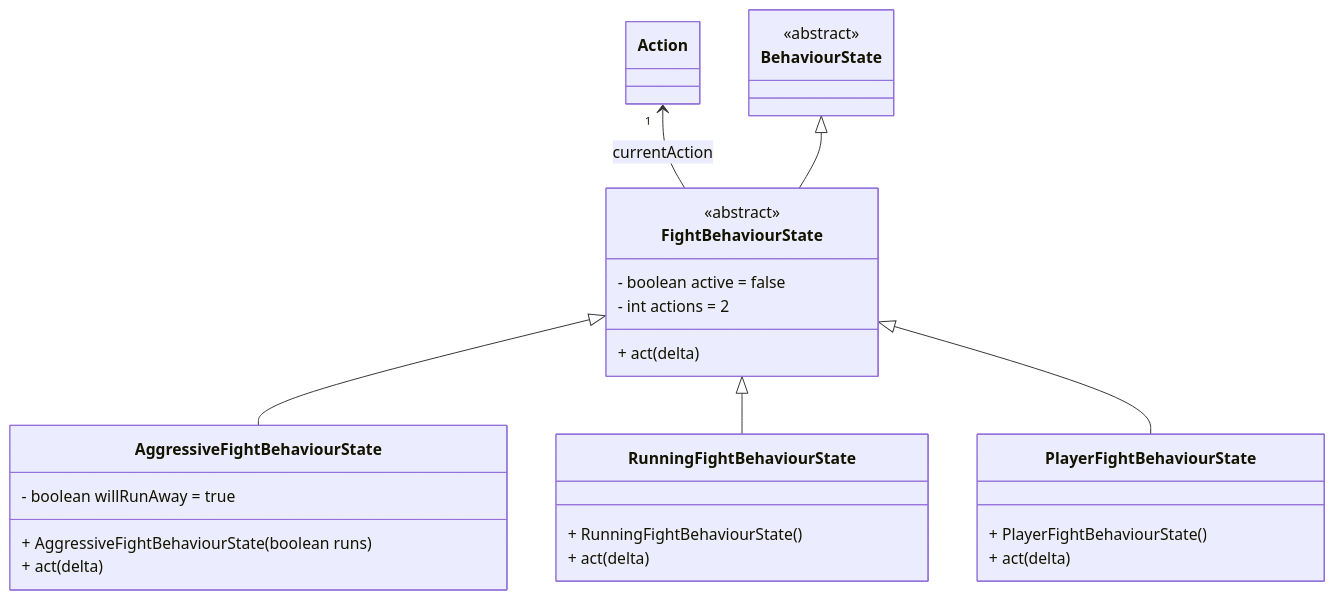
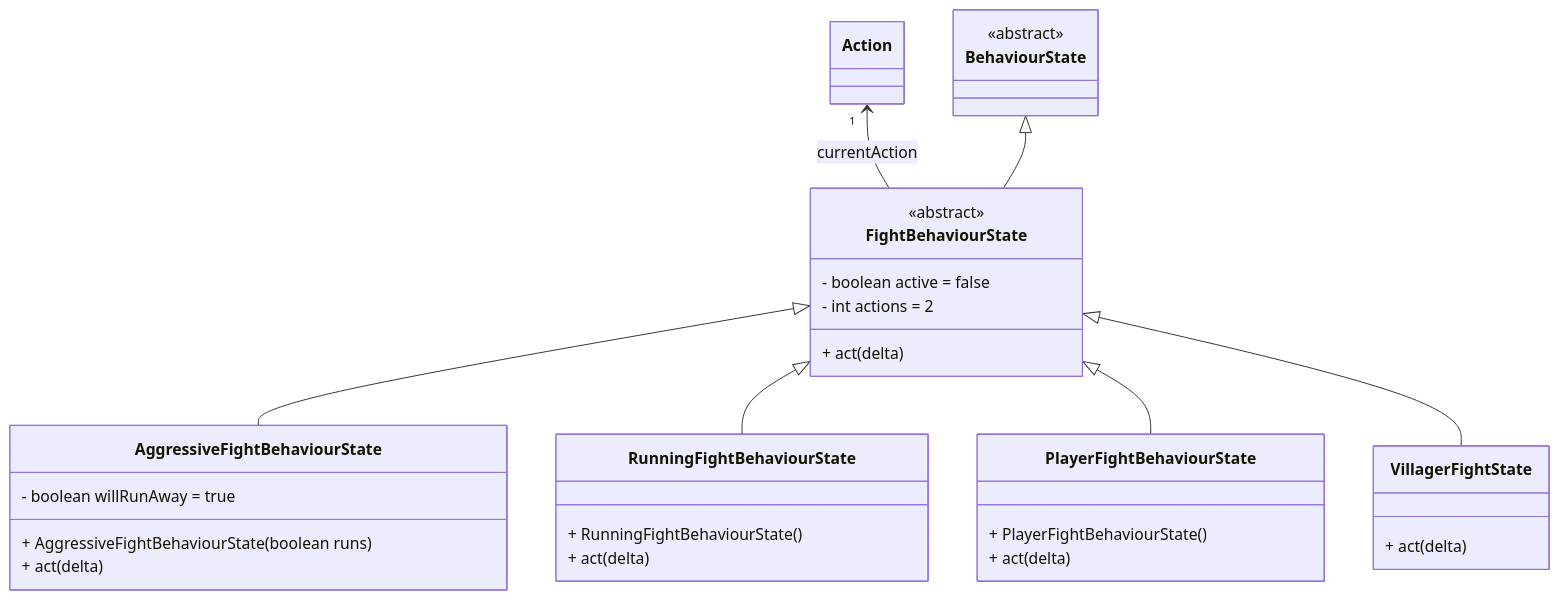
One commit to StrangeClone/GreatGame changed diagram 20 of 36 in class_design/Version_0_1.md. Above: the diagram before and after it, drawn with Mermaid. The commit also changed other lines of this file and 33 other files, not shown here.

````diff
--- a/class_design/Version_0_1.md
+++ b/class_design/Version_0_1.md
@@ -790,30 +796,34 @@
 ```mermaid
 classDiagram
     class BehaviourState {
         <<abstract>>
     }
     class FightBehaviourState {
         <<abstract>>
         - boolean active = false
         - int actions = 2
         + act(delta)
     }
     Action "1" <-- FightBehaviourState : currentAction
     BehaviourState <|-- FightBehaviourState
     class AggressiveFightBehaviourState {
         - boolean willRunAway = true
         + AggressiveFightBehaviourState(boolean runs)
         + act(delta)
     }
     FightBehaviourState <|-- AggressiveFightBehaviourState
     class RunningFightBehaviourState {
       + RunningFightBehaviourState()
       + act(delta)
     }
     FightBehaviourState <|-- RunningFightBehaviourState
     class PlayerFightBehaviourState {
         + PlayerFightBehaviourState()
         + act(delta)
     }
     FightBehaviourState <|-- PlayerFightBehaviourState
+    class VillagerFightState {
+        + act(delta)
+    }
+    FightBehaviourState <|-- VillagerFightState
 ```
````
